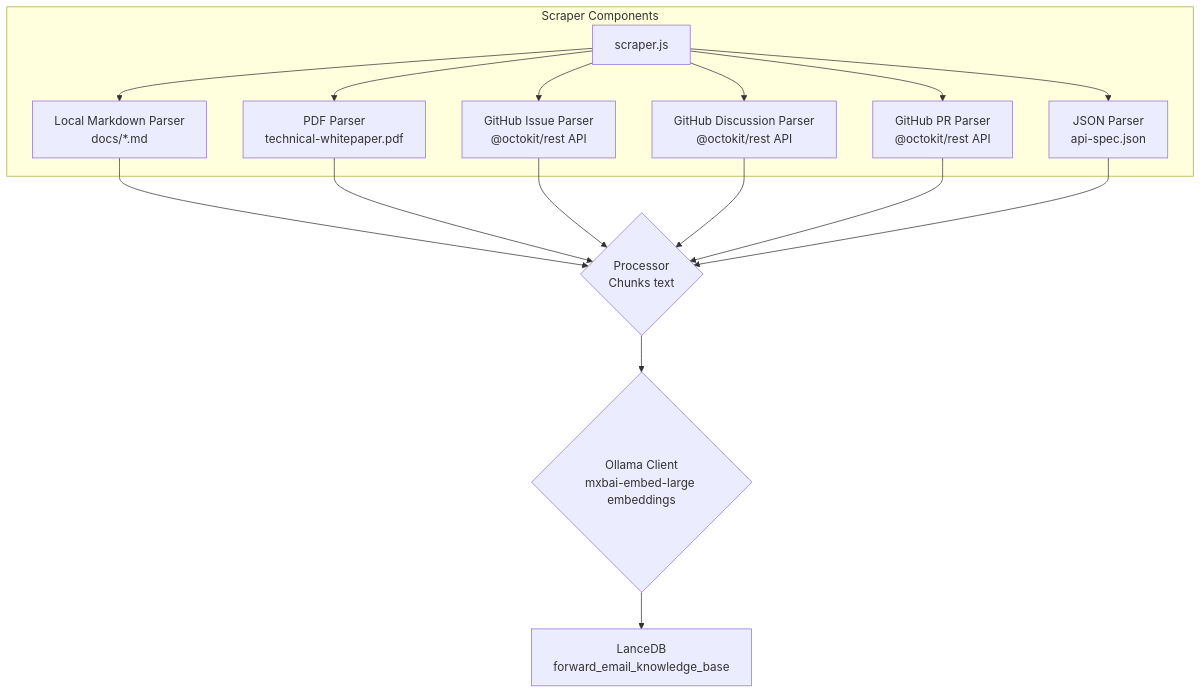
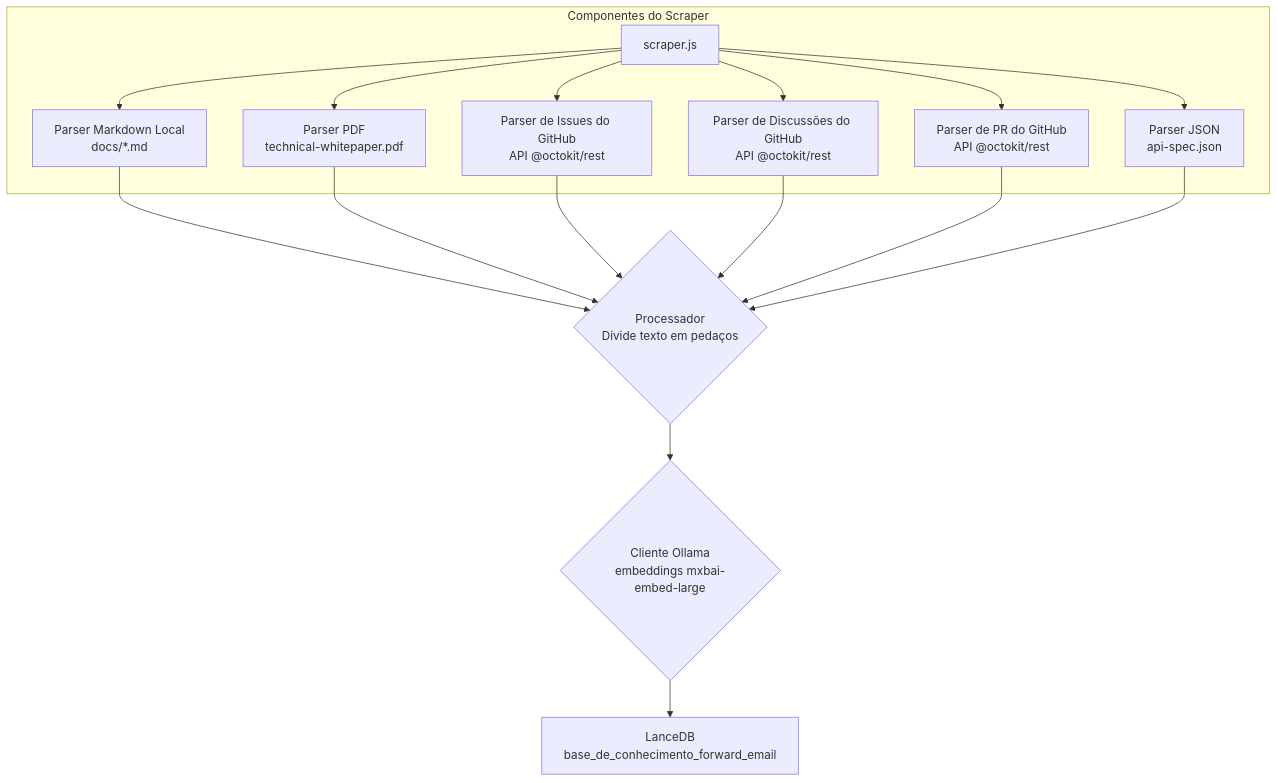
One commit to forwardemail/forwardemail.net changed the second of 3 diagrams in app/views/docs/privacy-first-ai-customer-support-agent-lancedb-ollama-nodejs/index-pt.md. Above: the diagram before and after it, drawn with Mermaid. The commit also changed other lines of this file and 1055 other files, not shown here.

````diff
--- a/app/views/docs/privacy-first-ai-customer-support-agent-lancedb-ollama-nodejs/index-pt.md
+++ b/app/views/docs/privacy-first-ai-customer-support-agent-lancedb-ollama-nodejs/index-pt.md
@@ -458,19 +459,19 @@
 ```mermaid
 graph TD
-    subgraph "Scraper Components"
-        A[scraper.js] --> B[Local Markdown Parser<br/>docs/*.md]
-        A --> C[PDF Parser<br/>technical-whitepaper.pdf]
-        A --> D[GitHub Issue Parser<br/>@octokit/rest API]
-        A --> E[GitHub Discussion Parser<br/>@octokit/rest API]
-        A --> F[GitHub PR Parser<br/>@octokit/rest API]
-        A --> G[JSON Parser<br/>api-spec.json]
+    subgraph "Componentes do Scraper"
+        A[scraper.js] --> B[Parser Markdown Local<br/>docs/*.md]
+        A --> C[Parser PDF<br/>technical-whitepaper.pdf]
+        A --> D[Parser de Issues do GitHub<br/>API @octokit/rest]
+        A --> E[Parser de Discussões do GitHub<br/>API @octokit/rest]
+        A --> F[Parser de PR do GitHub<br/>API @octokit/rest]
+        A --> G[Parser JSON<br/>api-spec.json]
     end
-    B --> I{Processor<br/>Chunks text}
+    B --> I{Processador<br/>Divide texto em pedaços}
     C --> I
     D --> I
     E --> I
     F --> I
     G --> I
-    I --> J{Ollama Client<br/>mxbai-embed-large embeddings}
-    J --> K[LanceDB<br/>forward_email_knowledge_base]
+    I --> J{Cliente Ollama<br/>embeddings mxbai-embed-large}
+    J --> K[LanceDB<br/>base_de_conhecimento_forward_email]
 ```
````
